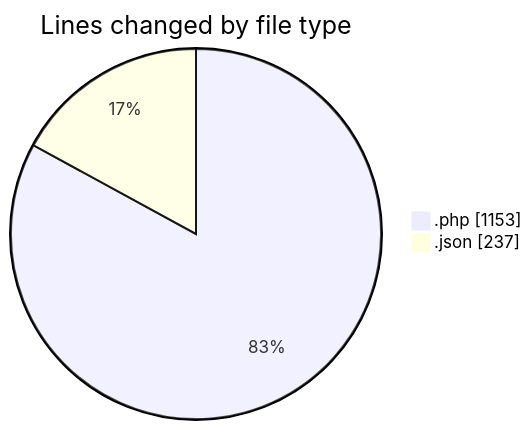
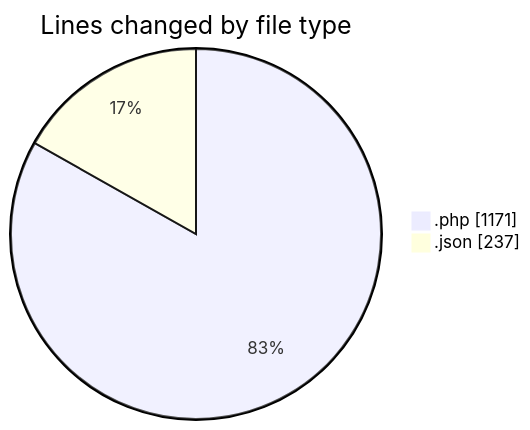
Before and after one commit to idhammustaqopulfikri/code-tracking: the first of 2 diagrams in 2025-06-13/studio-backend/README.md, drawn with Mermaid. The commit also changed other lines of this file and 1 other file, not shown here.

````diff
--- a/2025-06-13/studio-backend/README.md
+++ b/2025-06-13/studio-backend/README.md
@@ -30,6 +30,6 @@
 ```mermaid
 pie showData
 title Lines changed by file type
-".php" : 1153
+".php" : 1171
 ".json" : 237
 ```
````
